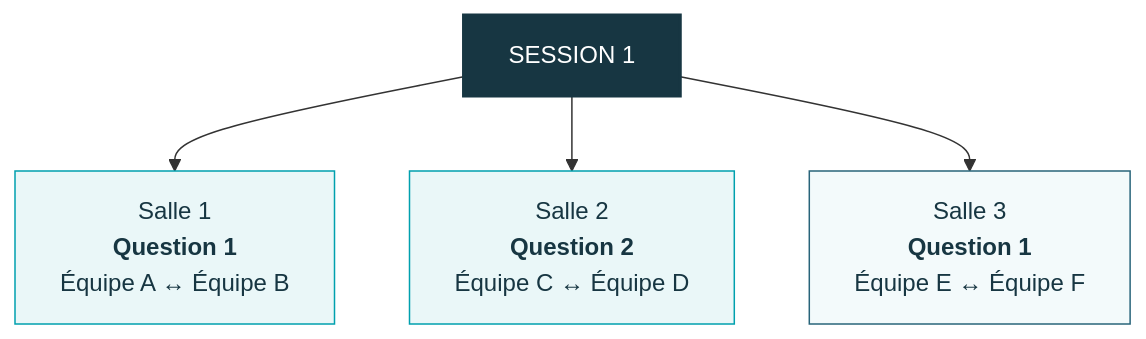
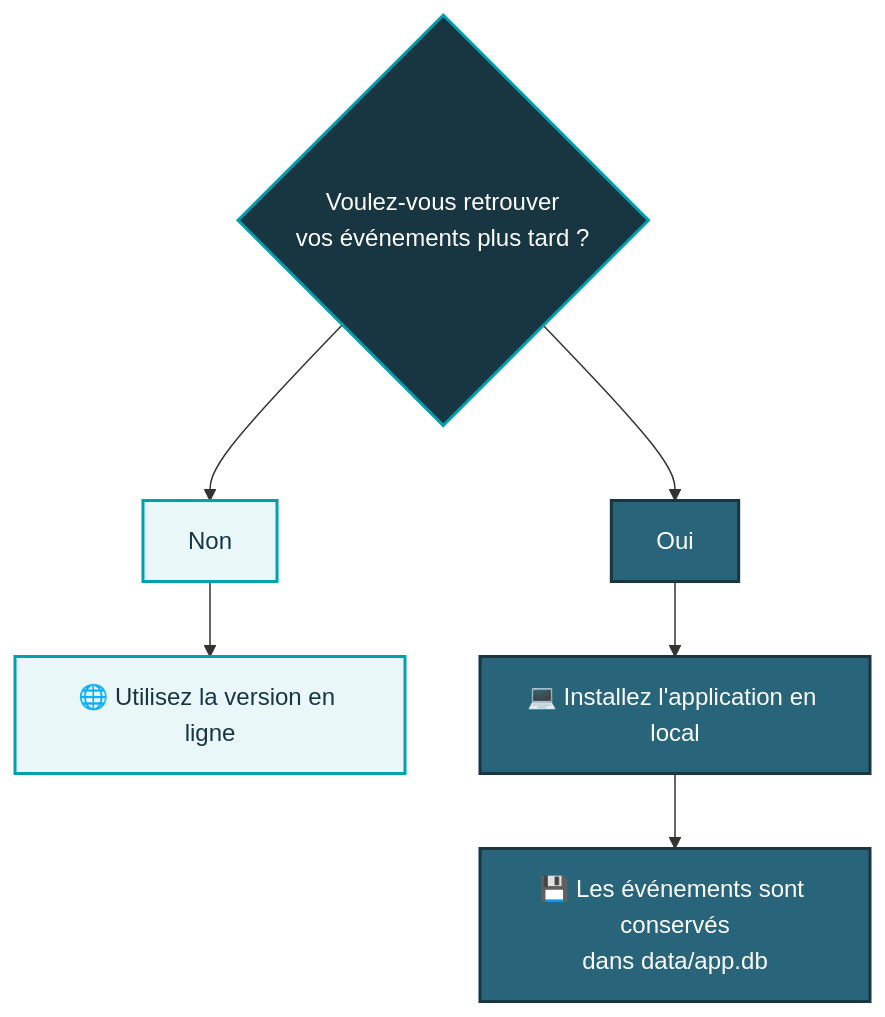
One commit to YDucrest/Debate_Planner_JD_FR changed the fourth of 4 diagrams in README.md. Above: the diagram before and after it, drawn with Mermaid. The commit also changed other lines of this file, not shown here.

````diff
--- a/README.md
+++ b/README.md
@@ -258,16 +299,20 @@
 ```mermaid
-flowchart TB
-    S1["SESSION 1"]
+flowchart TD
+    A{"Voulez-vous retrouver<br/>vos événements plus tard ?"}
+    B["Non"]
+    C["Oui"]
+    D["🌐 Utilisez la version en ligne"]
+    E["💻 Installez l'application en local"]
+    F["💾 Les événements sont conservés<br/>dans data/app.db"]
 
-    S1 --> A["Salle 1<br/><b>Question 1</b><br/>Équipe A ↔ Équipe B"]
-    S1 --> B["Salle 2<br/><b>Question 2</b><br/>Équipe C ↔ Équipe D"]
-    S1 --> C["Salle 3<br/><b>Question 1</b><br/>Équipe E ↔ Équipe F"]
+    A --> B --> D
+    A --> C --> E --> F
 
-    classDef session fill:#173642,stroke:#173642,color:#FFFFFF,stroke-width:2px;
-    classDef room1 fill:#EAF7F8,stroke:#00A0AE,color:#173642;
-    classDef room2 fill:#F3FAFB,stroke:#28647A,color:#173642;
+    classDef decision fill:#173642,stroke:#00A0AE,color:#FFFFFF,stroke-width:2px;
+    classDef online fill:#EAF7F8,stroke:#00A0AE,color:#173642,stroke-width:2px;
+    classDef local fill:#28647A,stroke:#173642,color:#FFFFFF,stroke-width:2px;
 
-    class S1 session;
-    class A,B room1;
-    class C room2;
+    class A decision;
+    class B,D online;
+    class C,E,F local;
 ```
````
